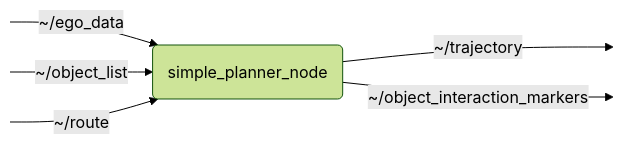
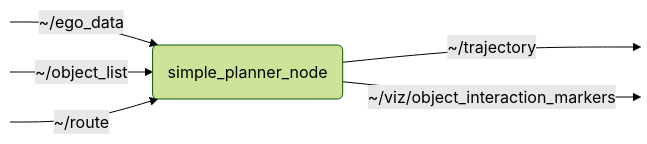
One commit to openads-project/simple_planner changed the diagram in simple_planner/README.md. Above: the diagram before and after it, drawn with Mermaid (forest theme). The commit also changed other lines of this file and 2 other files, not shown here.

````diff
--- a/simple_planner/README.md
+++ b/simple_planner/README.md
@@ -9,10 +9,10 @@
 ```mermaid
 flowchart LR
     NODE("simple_planner_node")
     S0:::hidden -->|~/ego_data| NODE
     S1:::hidden -->|~/object_list| NODE
     S2:::hidden -->|~/route| NODE
     NODE -->|~/trajectory| P0:::hidden
-    NODE -->|~/object_interaction_markers| P1:::hidden
+    NODE -->|~/viz/object_interaction_markers| P1:::hidden
     classDef hidden display: none;
 ```
````
